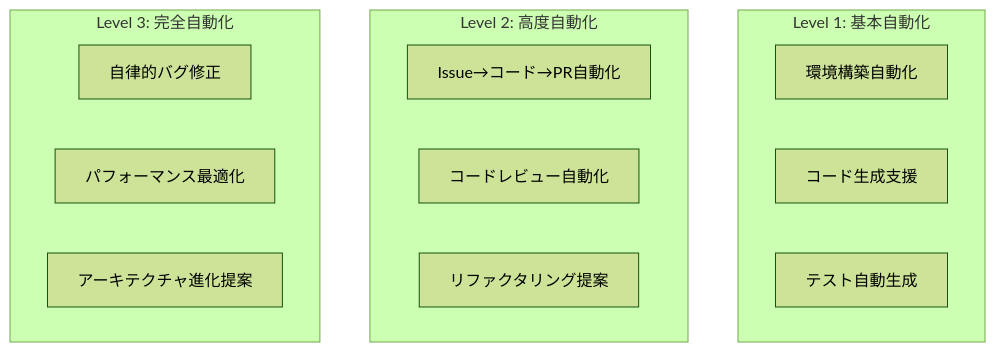
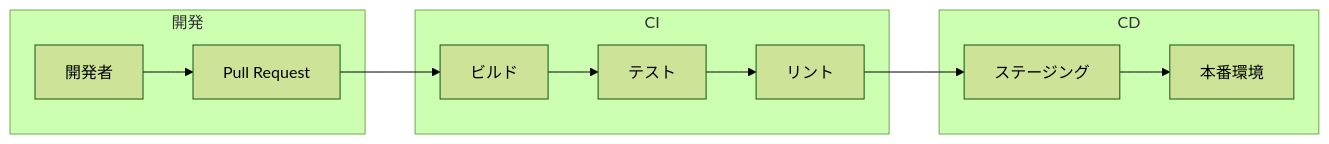
The second of 5 diagrams in prompts/development/repomaster-pro/prompt.md (funnythingz/ai-prompt-arsenal), drawn with Mermaid (forest theme) before and after one commit. The commit also changed other lines of this file and 2 other files, not shown here.

````diff
--- a/prompts/development/repomaster-pro/prompt.md
+++ b/prompts/development/repomaster-pro/prompt.md
@@ -213,20 +343,25 @@
 ```mermaid
-flowchart TB
-    subgraph "Level 1: 基本自動化"
-        L1A[環境構築自動化]
-        L1B[コード生成支援]
-        L1C[テスト自動生成]
+graph LR
+    subgraph "開発"
+        Dev[開発者]
+        PR[Pull Request]
     end
     
-    subgraph "Level 2: 高度自動化"
-        L2A[Issue→コード→PR自動化]
-        L2B[コードレビュー自動化]
-        L2C[リファクタリング提案]
+    subgraph "CI"
+        Build[ビルド]
+        Test[テスト]
+        Lint[リント]
     end
     
-    subgraph "Level 3: 完全自動化"
-        L3A[自律的バグ修正]
-        L3B[パフォーマンス最適化]
-        L3C[アーキテクチャ進化提案]
+    subgraph "CD"
+        Staging[ステージング]
+        Production[本番環境]
     end
+    
+    Dev --> PR
+    PR --> Build
+    Build --> Test
+    Test --> Lint
+    Lint --> Staging
+    Staging --> Production
 ```
````
